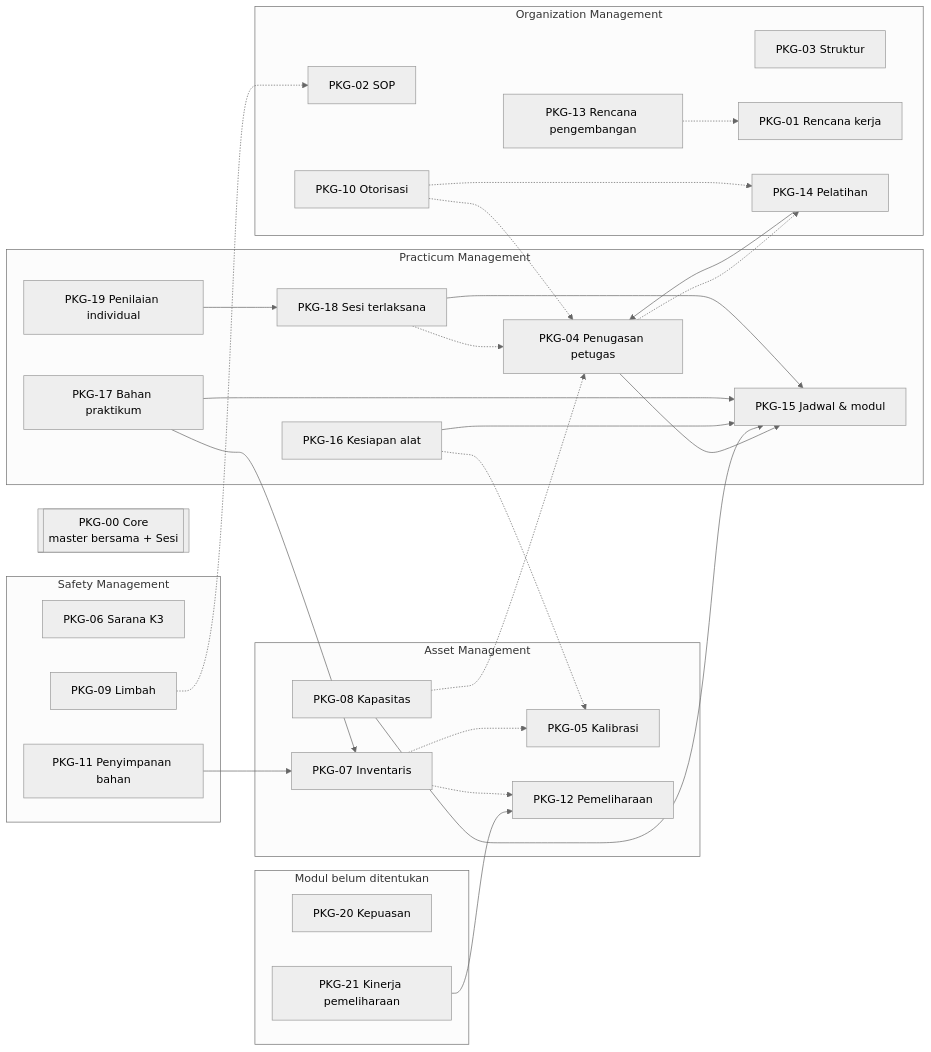
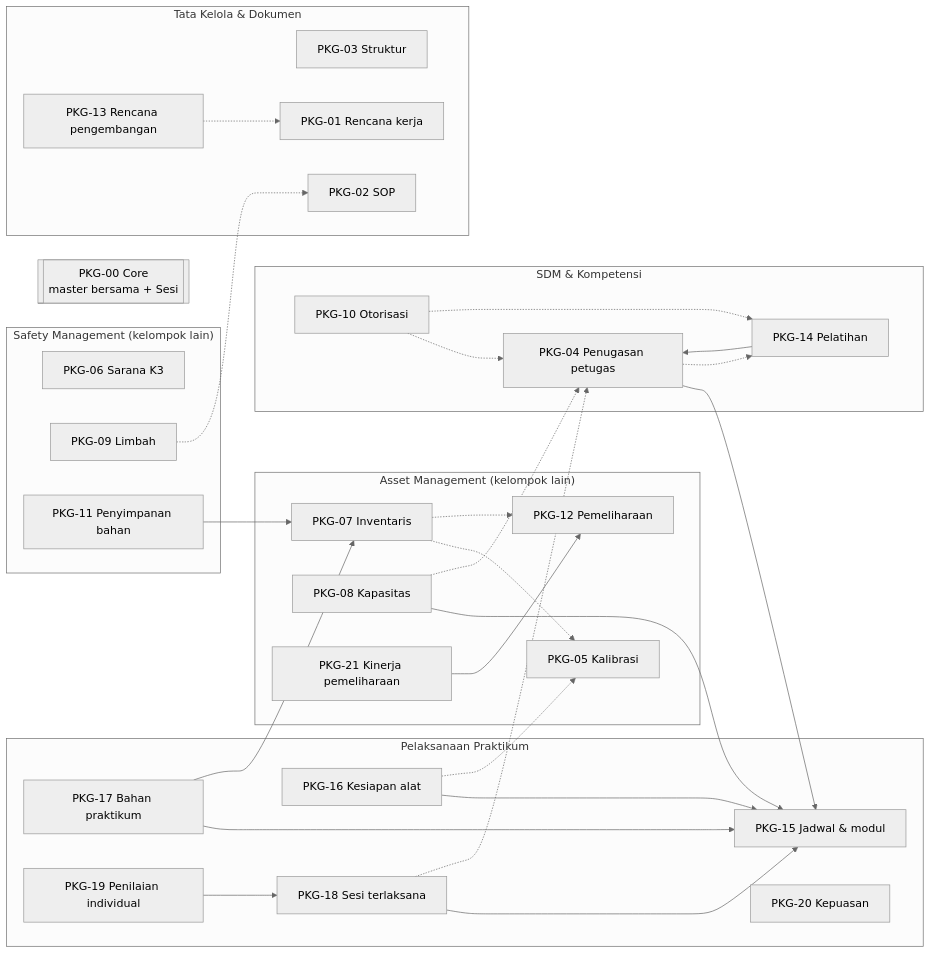
Before and after one commit to mochfebriyan/skripsi: the first of 2 diagrams in projek-fiklab/analisis/pemetaan-package-instrumen.md, drawn with Mermaid (neutral theme). The commit also changed other lines of this file and 1 other file, not shown here.

Commit message:
update brief dan diagram untuk 5 modul

````diff
--- a/projek-fiklab/analisis/pemetaan-package-instrumen.md
+++ b/projek-fiklab/analisis/pemetaan-package-instrumen.md
@@ -81,62 +172,62 @@
 ```mermaid
 flowchart LR
   CORE[["PKG-00 Core<br/>master bersama + Sesi"]]
 
-  subgraph ORG["Organization Management"]
+  subgraph TK["Tata Kelola & Dokumen"]
     P03["PKG-03 Struktur"]
     P01["PKG-01 Rencana kerja"]
     P02["PKG-02 SOP"]
+    P13["PKG-13 Rencana pengembangan"]
+  end
+
+  subgraph SDM["SDM & Kompetensi"]
+    P04["PKG-04 Penugasan petugas"]
     P10["PKG-10 Otorisasi"]
-    P13["PKG-13 Rencana pengembangan"]
     P14["PKG-14 Pelatihan"]
   end
 
-  subgraph PRA["Practicum Management"]
+  subgraph PRA["Pelaksanaan Praktikum"]
     P15["PKG-15 Jadwal & modul"]
-    P04["PKG-04 Penugasan petugas"]
     P16["PKG-16 Kesiapan alat"]
     P17["PKG-17 Bahan praktikum"]
     P18["PKG-18 Sesi terlaksana"]
     P19["PKG-19 Penilaian individual"]
+    P20["PKG-20 Kepuasan"]
   end
 
-  subgraph AST["Asset Management"]
+  subgraph AST["Asset Management (kelompok lain)"]
     P05["PKG-05 Kalibrasi"]
     P07["PKG-07 Inventaris"]
     P08["PKG-08 Kapasitas"]
     P12["PKG-12 Pemeliharaan"]
+    P21["PKG-21 Kinerja pemeliharaan"]
   end
 
-  subgraph SAF["Safety Management"]
+  subgraph SAF["Safety Management (kelompok lain)"]
     P06["PKG-06 Sarana K3"]
     P09["PKG-09 Limbah"]
     P11["PKG-11 Penyimpanan bahan"]
-  end
-
-  subgraph BLM["Modul belum ditentukan"]
-    P20["PKG-20 Kepuasan"]
-    P21["PKG-21 Kinerja pemeliharaan"]
   end
 
   P14 --> P04
   P04 --> P15
   P08 --> P15
   P16 --> P15
   P17 --> P15
   P17 --> P07
   P18 --> P15
   P19 --> P18
   P11 --> P07
   P21 --> P12
 
   P04 -.-> P14
   P07 -.-> P05
   P07 -.-> P12
   P08 -.-> P04
   P09 -.-> P02
   P10 -.-> P04
   P10 -.-> P14
   P13 -.-> P01
   P16 -.-> P05
   P18 -.-> P04
 ```
````
